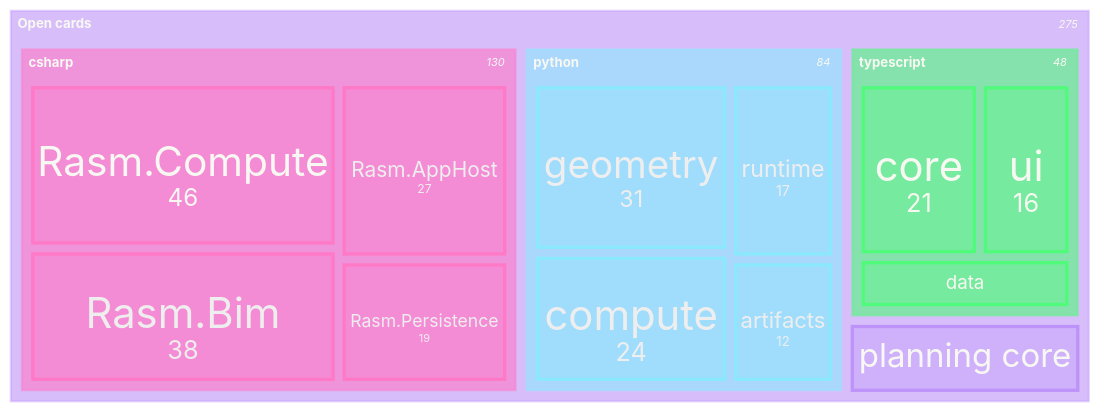
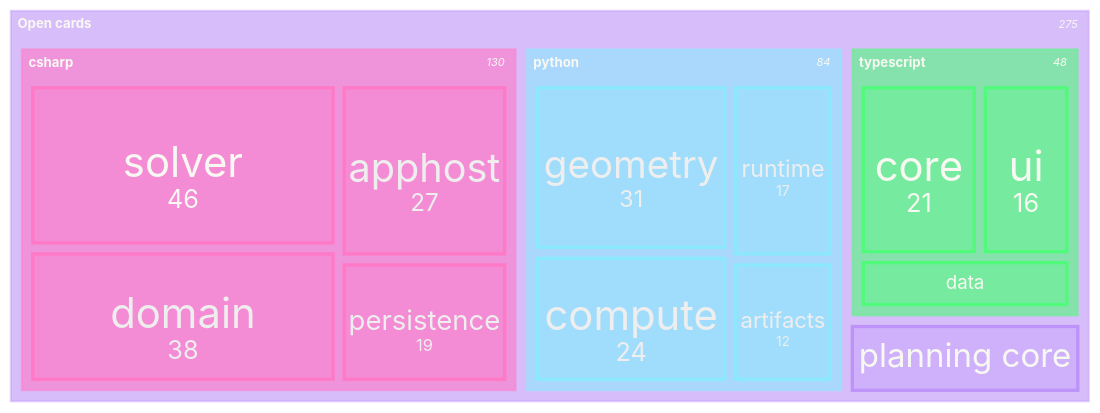
Before and after one commit to bsamiee/Rasm: the diagram in .claude/skills/mermaid-diagramming/templates/decomposition.mmd.md, drawn with Mermaid. The commit also changed 134 other files, not shown here.

````diff
--- a/.claude/skills/mermaid-diagramming/templates/decomposition.mmd.md
+++ b/.claude/skills/mermaid-diagramming/templates/decomposition.mmd.md
@@ -5,52 +5,52 @@
 ```mermaid
 ---
 config:
   theme: base
   look: classic
   treemap:
     showValues: true
     valueFormat: ','
   themeVariables:
     darkMode: true
     fontFamily: "SF Mono, Menlo, Cascadia Mono, Segoe UI Mono, Consolas, monospace"
     useGradient: false
     dropShadow: "none"
     textColor: "#F8F8F2"
     titleColor: "#F8F8F2"
     cScale0: "#BD93F9"
     cScale1: "#FF79C6"
     cScale2: "#8BE9FD"
     cScale3: "#50FA7B"
     cScale4: "#FFB86C"
     cScaleLabel0: "#F8F8F2"
     cScaleLabel1: "#F8F8F2"
     cScaleLabel2: "#F8F8F2"
     cScaleLabel3: "#F8F8F2"
     cScaleLabel4: "#F8F8F2"
     cScalePeer0: "#BD93F9"
     cScalePeer1: "#FF79C6"
     cScalePeer2: "#8BE9FD"
     cScalePeer3: "#50FA7B"
     cScalePeer4: "#FFB86C"
   themeCSS: ".treemapLeaf{fill-opacity:.45;stroke-width:1.5px}.treemapSection{fill:#21222C!important;fill-opacity:1;stroke-opacity:1;stroke-width:1px}.treemapSectionLabel{font-size:13.5px;font-weight:700}.treemapSectionValue{font-size:12px}.treemapLabel{font-size:13px!important;font-weight:500}.treemapValue{font-size:12px!important}.treemapTitle{font-size:15px;font-weight:600}"
 ---
 treemap-beta
 accTitle: Open planning work decomposition
 accDescr: Open card counts decomposed across the three language branches and the shared planning core, so tile area answers where the remaining work concentrates.
 "Open cards"
     "csharp"
-        "Rasm.Compute": 46
-        "Rasm.Bim": 38
-        "Rasm.AppHost": 27
-        "Rasm.Persistence": 19
+        "solver": 46
+        "domain": 38
+        "apphost": 27
+        "persistence": 19
     "python"
         "geometry": 31
         "compute": 24
         "runtime": 17
         "artifacts": 12
     "typescript"
         "core": 21
         "ui": 16
         "data": 11
     "planning core": 13
 ```
````
